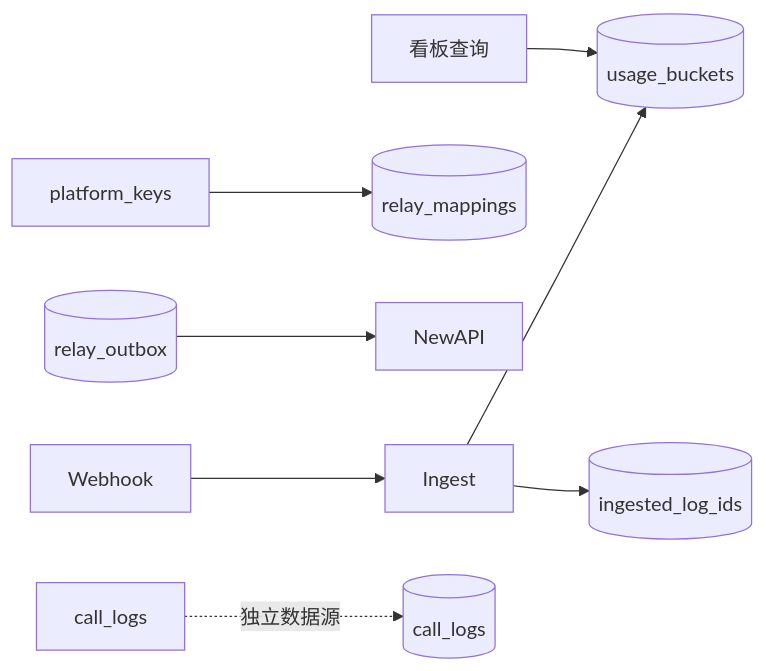
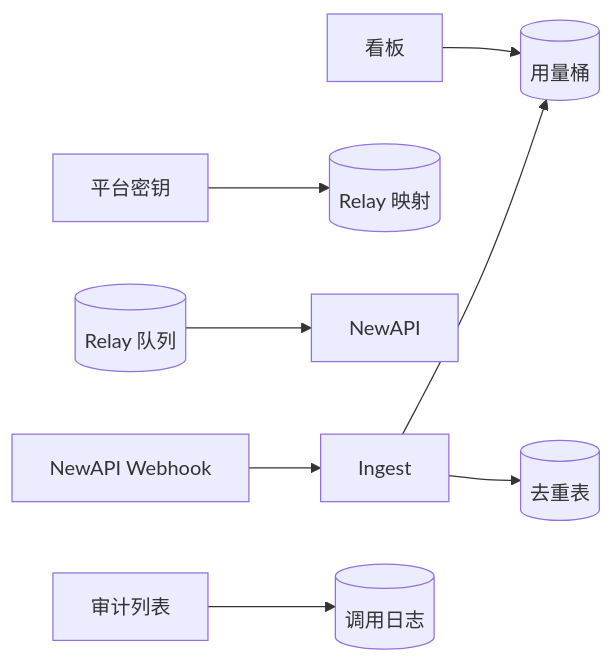
Before and after one commit to quyip8818/mytokenjoy: diagram 19 of 21 in docs/Backend-存储架构.md, drawn with Mermaid. The commit also changed other lines of this file and 120 other files, not shown here.

````diff
--- a/docs/Backend-存储架构.md
+++ b/docs/Backend-存储架构.md
@@ -215,10 +571,10 @@
 ```mermaid
 flowchart LR
-  WH[Webhook] --> ING[Ingest]
-  ING --> UB[(usage_buckets)]
-  ING --> IL[(ingested_log_ids)]
-  PK[platform_keys] --> RM[(relay_mappings)]
-  RO[(relay_outbox)] --> NA[NewAPI]
-  DASH[看板查询] --> UB
-  AUD[call_logs] -.->|独立数据源| CL[(call_logs)]
+  WH[NewAPI Webhook] --> ING[Ingest]
+  ING --> UB[(用量桶)]
+  ING --> DEDUP[(去重表)]
+  PK[平台密钥] --> RM[(Relay 映射)]
+  OUTBOX[(Relay 队列)] --> NA[NewAPI]
+  DASH[看板] --> UB
+  AUDIT[审计列表] --> CL[(调用日志)]
 ```
````
